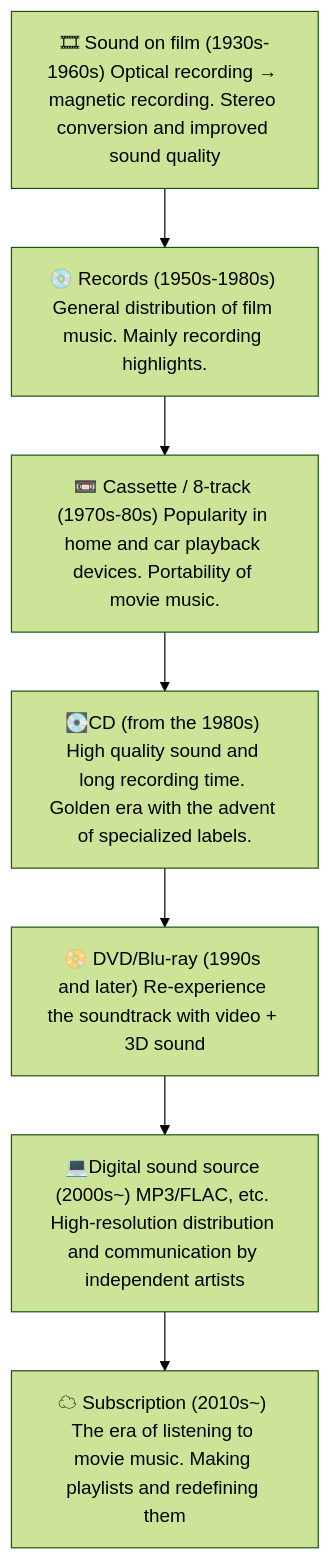
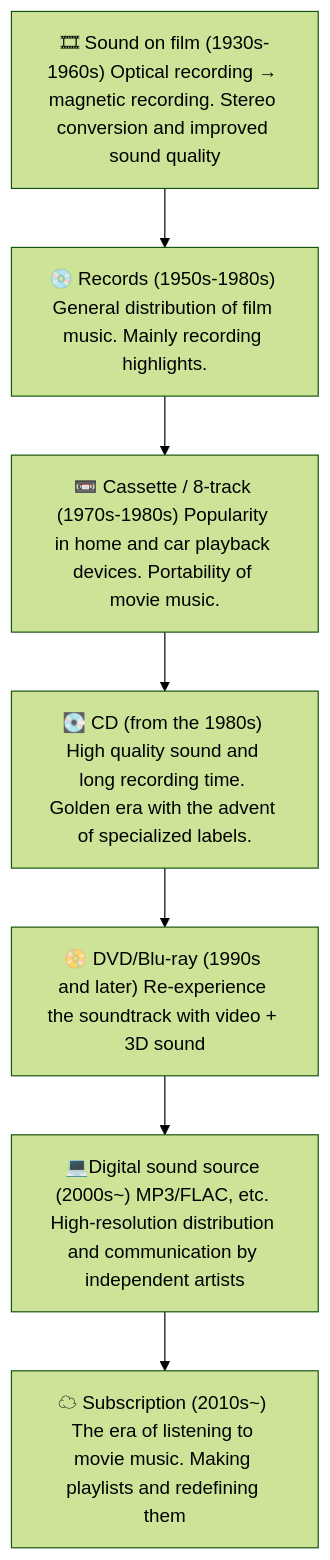
One commit to monumental-movement/monumental-movement.github.io changed the diagram in en/_posts/2025-07-17-Column-Soundtrack.md. Above: the diagram before and after it, drawn with Mermaid (forest theme). The commit also changed other lines of this file and 319 other files, not shown here.

```diff
--- a/en/_posts/2025-07-17-Column-Soundtrack.md
+++ b/en/_posts/2025-07-17-Column-Soundtrack.md
@@ -102,14 +102,14 @@
 <div class="mermaid">
 
 flowchart TD
   A["🎞 Sound on film (1930s-1960s) Optical recording → magnetic recording. Stereo conversion and improved sound quality"]
   B["💿 Records (1950s-1980s) General distribution of film music. Mainly recording highlights."]
-  C["📼 Cassette / 8-track (1970s-80s) Popularity in home and car playback devices. Portability of movie music."]
-  D["💽CD (from the 1980s) High quality sound and long recording time. Golden era with the advent of specialized labels."]
+  C["📼 Cassette / 8-track (1970s-1980s) Popularity in home and car playback devices. Portability of movie music."]
+  D["💽 CD (from the 1980s) High quality sound and long recording time. Golden era with the advent of specialized labels."]
   E["📀 DVD/Blu-ray (1990s and later) Re-experience the soundtrack with video + 3D sound"]
   F["💻Digital sound source (2000s~) MP3/FLAC, etc. High-resolution distribution and communication by independent artists"]
   G["☁ Subscription (2010s~) The era of listening to movie music. Making playlists and redefining them"]
 
   A --> B --> C --> D --> E --> F --> G
 
 </div>
```
